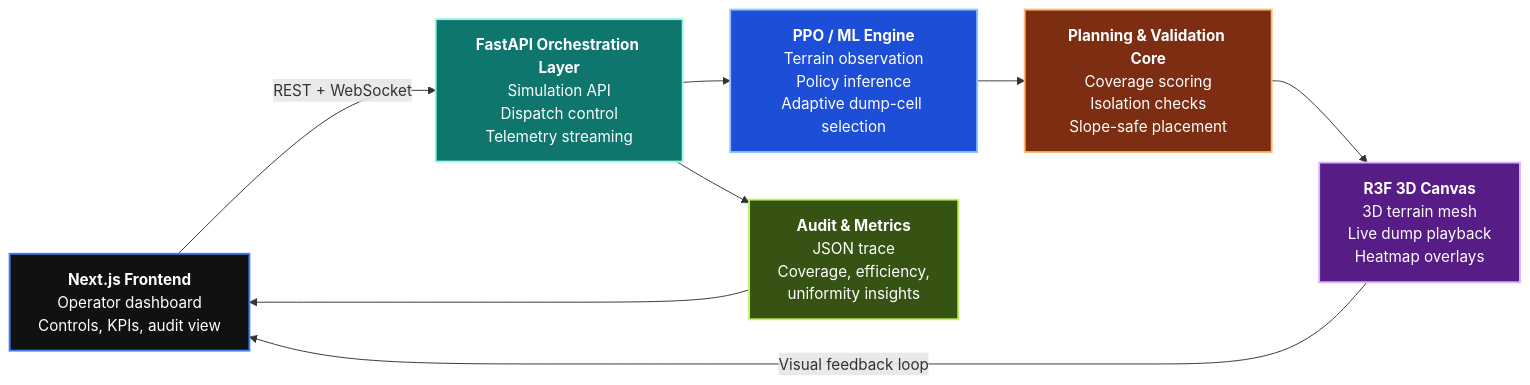
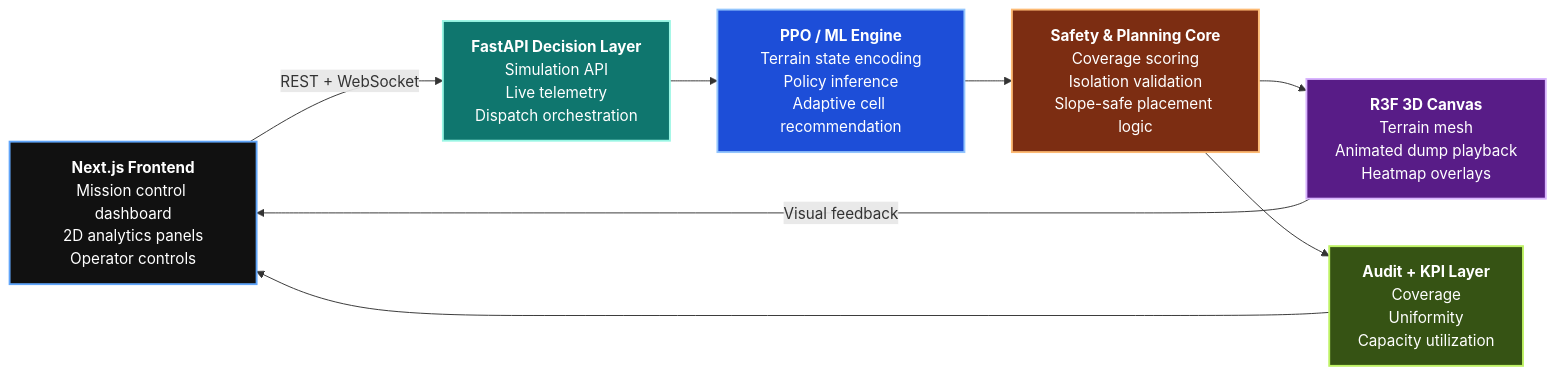
One commit to nush1729/adaptive-dump-intelligence changed the first of 6 diagrams in README.md. Above: the diagram before and after it, drawn with Mermaid. The commit also changed other lines of this file, not shown here.

````diff
--- a/README.md
+++ b/README.md
@@ -29,24 +45,24 @@
 ```mermaid
 flowchart LR
-    A["<b>Next.js Frontend</b><br/>Operator dashboard<br/>Controls, KPIs, audit view"] -->|REST + WebSocket| B["<b>FastAPI Orchestration Layer</b><br/>Simulation API<br/>Dispatch control<br/>Telemetry streaming"]
-    B --> C["<b>PPO / ML Engine</b><br/>Terrain observation<br/>Policy inference<br/>Adaptive dump-cell selection"]
-    C --> D["<b>Planning & Validation Core</b><br/>Coverage scoring<br/>Isolation checks<br/>Slope-safe placement"]
-    D --> E["<b>R3F 3D Canvas</b><br/>3D terrain mesh<br/>Live dump playback<br/>Heatmap overlays"]
-    E -->|Visual feedback loop| A
-    B --> F["<b>Audit & Metrics</b><br/>JSON trace<br/>Coverage, efficiency,<br/>uniformity insights"]
+    A["<b>Next.js Frontend</b><br/>Mission control dashboard<br/>2D analytics panels<br/>Operator controls"] -->|REST + WebSocket| B["<b>FastAPI Decision Layer</b><br/>Simulation API<br/>Live telemetry<br/>Dispatch orchestration"]
+    B --> C["<b>PPO / ML Engine</b><br/>Terrain state encoding<br/>Policy inference<br/>Adaptive cell recommendation"]
+    C --> D["<b>Safety & Planning Core</b><br/>Coverage scoring<br/>Isolation validation<br/>Slope-safe placement logic"]
+    D --> E["<b>R3F 3D Canvas</b><br/>Terrain mesh<br/>Animated dump playback<br/>Heatmap overlays"]
+    E -->|Visual feedback| A
+    D --> F["<b>Audit + KPI Layer</b><br/>Coverage<br/>Uniformity<br/>Capacity utilization"]
     F --> A
 
-    classDef frontend fill:#111111,stroke:#3b82f6,color:#ffffff,stroke-width:2px;
+    classDef frontend fill:#111111,stroke:#60a5fa,color:#ffffff,stroke-width:2px;
     classDef backend fill:#0f766e,stroke:#99f6e4,color:#ffffff,stroke-width:2px;
     classDef ml fill:#1d4ed8,stroke:#93c5fd,color:#ffffff,stroke-width:2px;
     classDef planning fill:#7c2d12,stroke:#fdba74,color:#ffffff,stroke-width:2px;
     classDef viz fill:#581c87,stroke:#d8b4fe,color:#ffffff,stroke-width:2px;
-    classDef audit fill:#365314,stroke:#bef264,color:#ffffff,stroke-width:2px;
+    classDef kpi fill:#365314,stroke:#bef264,color:#ffffff,stroke-width:2px;
 
     class A frontend;
     class B backend;
     class C ml;
     class D planning;
     class E viz;
-    class F audit;
+    class F kpi;
 ```
````
